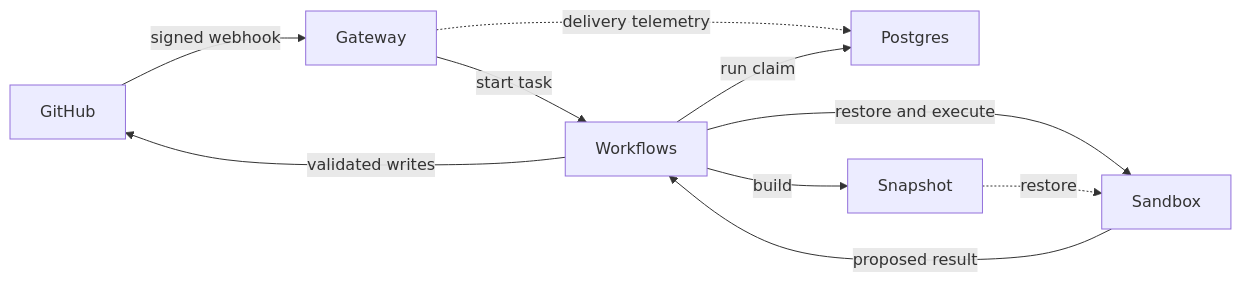
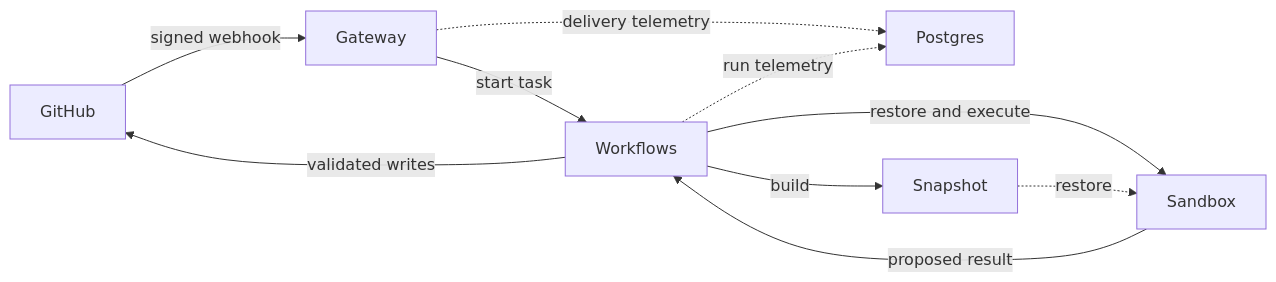
One commit to Ho1yShif/software-factory changed the diagram in docs/architecture.md. Above: the diagram before and after it, drawn with Mermaid. The commit also changed other lines of this file and 94 other files, not shown here.

First line of the commit message:
Claim issues through the status comment; make Postgres optional

````diff
--- a/docs/architecture.md
+++ b/docs/architecture.md
@@ -9,12 +9,12 @@
 ```mermaid
 flowchart LR
   GitHub -->|signed webhook| Gateway
   Gateway -->|start task| Workflows
   Gateway -.->|delivery telemetry| Postgres
-  Workflows -->|run claim| Postgres
+  Workflows -.->|run telemetry| Postgres
   Workflows -->|restore and execute| Sandbox
   Sandbox -->|proposed result| Workflows
   Workflows -->|validated writes| GitHub
   Workflows -->|build| Snapshot
   Snapshot -.->|restore| Sandbox
 ```
````
